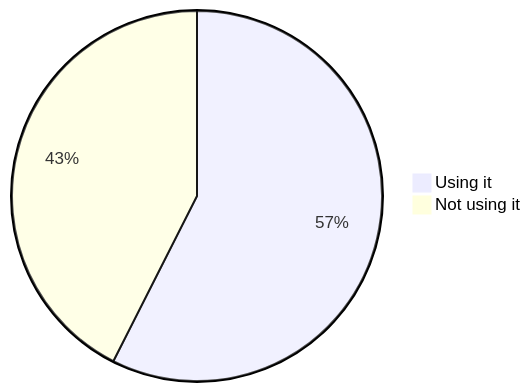
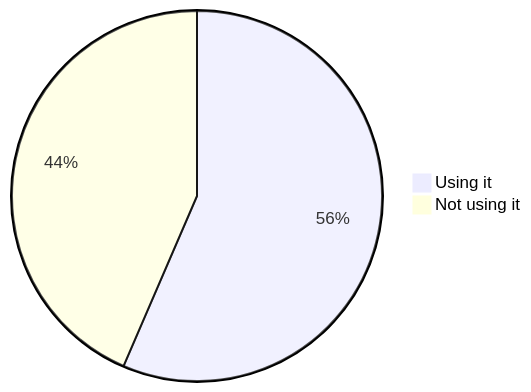
The second of 22 diagrams in stats.md (oshp/oshp-stats), drawn with Mermaid before and after one commit. The commit also changed other lines of this file, not shown here.

````diff
--- a/stats.md
+++ b/stats.md
@@ -22,6 +22,6 @@
 ```mermaid
 pie
-	"Using it" : 57.46
-	"Not using it" : 42.54
+	"Using it" : 56.49
+	"Not using it" : 43.51
 
 ```
````
